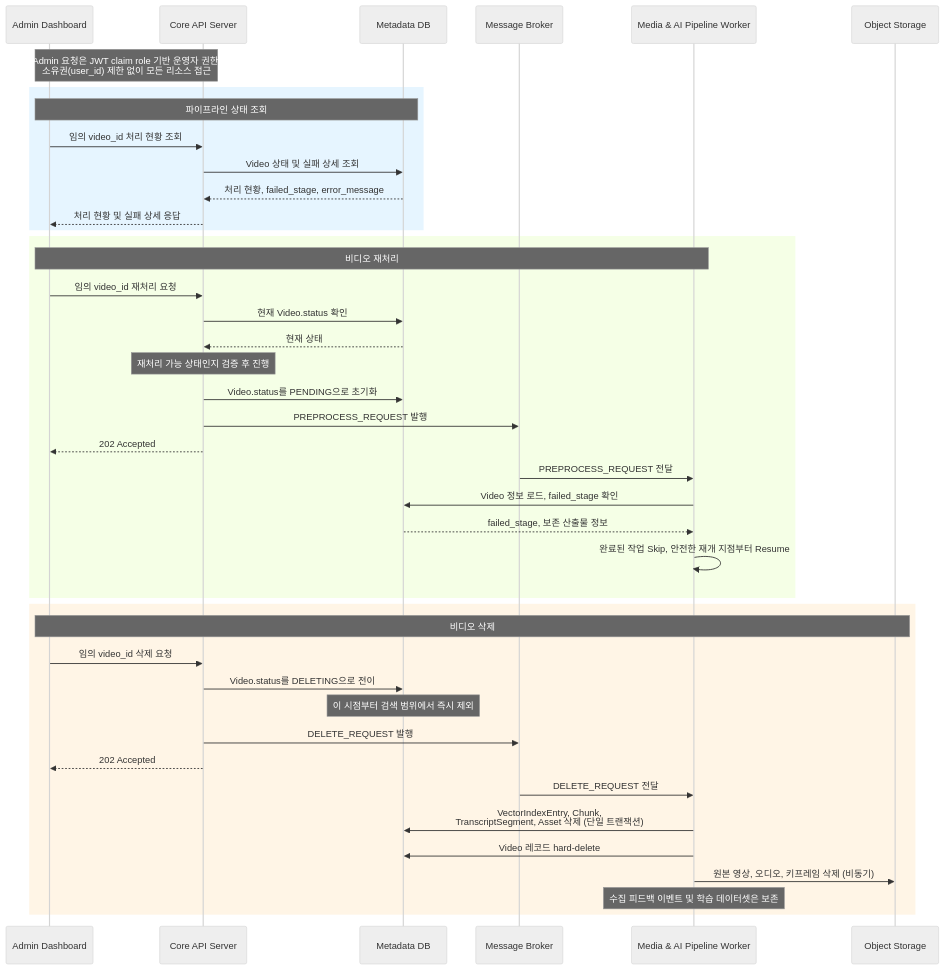
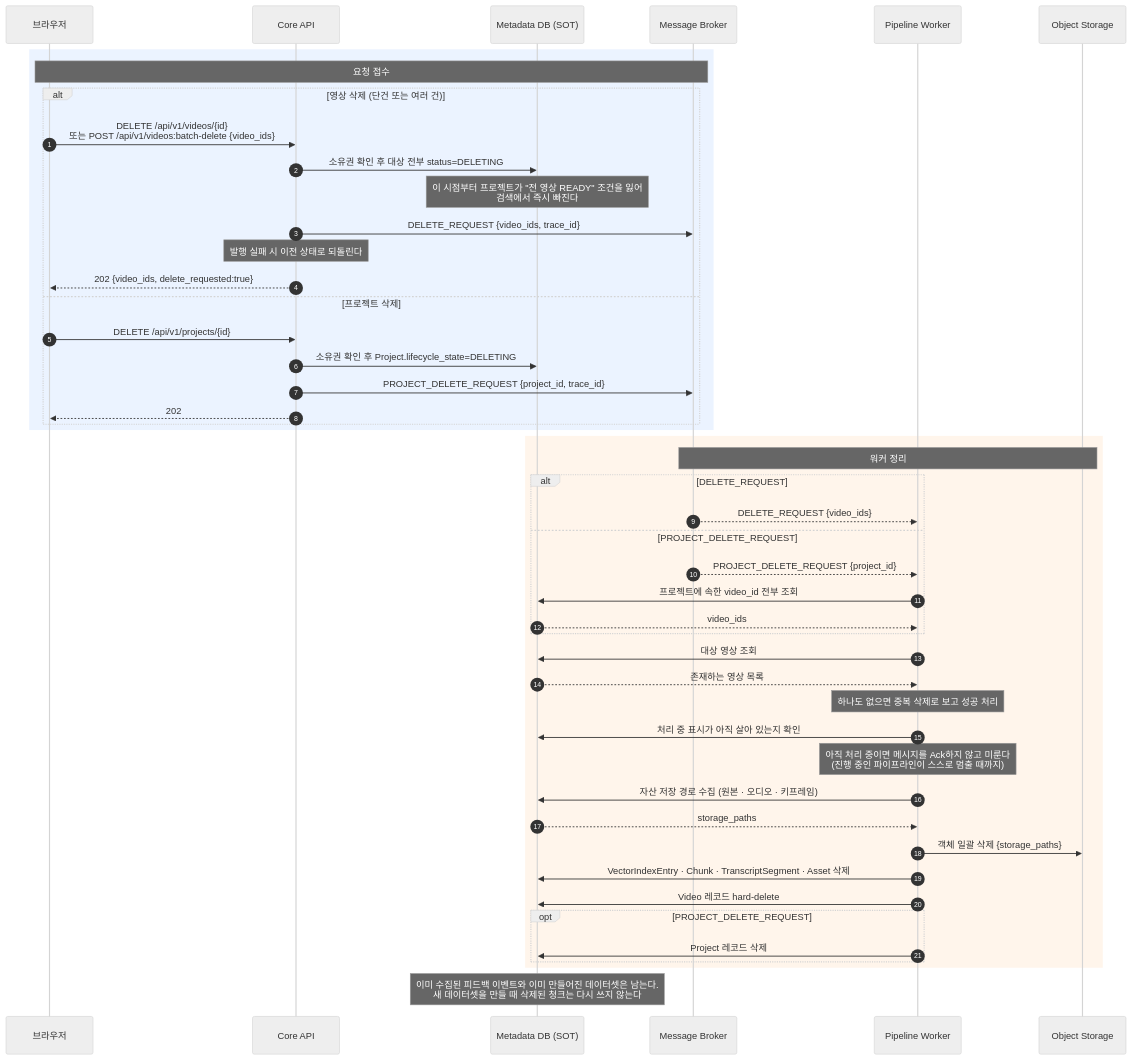
The fifth of 9 diagrams in docs/Diagram/sequence_diagram/SD_Mermaid.md (f-lab-edu/Biblio), drawn with Mermaid (neutral theme) before and after one commit. The commit also changed other lines of this file and 1 other file, not shown here.

Commit message:
docs(repo): 시스템 설계와 시퀀스 다이어그램을 최신화한다 (#104)

````diff
--- a/docs/Diagram/sequence_diagram/SD_Mermaid.md
+++ b/docs/Diagram/sequence_diagram/SD_Mermaid.md
@@ -234,51 +317,53 @@
 ```mermaid
 sequenceDiagram
-    participant Admin as Admin Dashboard
-    participant CoreAPI as Core API Server
-    participant MetaDB as Metadata DB
-    participant Broker as Message Broker
-    participant PipelineWorker as Media & AI Pipeline Worker
-    participant ObjStore as Object Storage
+autonumber
+participant C as 브라우저
+participant API as Core API
+participant DB as Metadata DB (SOT)
+participant MQ as Message Broker
+participant PW as Pipeline Worker
+participant OS as Object Storage
 
-    Note over Admin, CoreAPI: 모든 Admin 요청은 JWT claim role 기반 운영자 권한 검증,<br/>소유권(user_id) 제한 없이 모든 리소스 접근
+rect rgb(235, 243, 255)
+Note over C, MQ: 요청 접수
+alt 영상 삭제 (단건 또는 여러 건)
+    C->>API: DELETE /api/v1/videos/{id}<br/>또는 POST /api/v1/videos:batch-delete {video_ids}
+    API->>DB: 소유권 확인 후 대상 전부 status=DELETING
+    Note over DB: 이 시점부터 프로젝트가 "전 영상 READY" 조건을 잃어<br/>검색에서 즉시 빠진다
+    API->>MQ: DELETE_REQUEST {video_ids, trace_id}
+    Note over API: 발행 실패 시 이전 상태로 되돌린다
+    API-->>C: 202 {video_ids, delete_requested:true}
+else 프로젝트 삭제
+    C->>API: DELETE /api/v1/projects/{id}
+    API->>DB: 소유권 확인 후 Project.lifecycle_state=DELETING
+    API->>MQ: PROJECT_DELETE_REQUEST {project_id, trace_id}
+    API-->>C: 202
+end
+end
 
-    %% === 파이프라인 상태 조회 ===
-    rect rgb(230, 245, 255)
-    Note over Admin, MetaDB: 파이프라인 상태 조회 
-    Admin ->> CoreAPI: 임의 video_id 처리 현황 조회 
-    CoreAPI ->> MetaDB: Video 상태 및 실패 상세 조회
-    MetaDB -->> CoreAPI: 처리 현황, failed_stage, error_message
-    CoreAPI -->> Admin: 처리 현황 및 실패 상세 응답
-    end
+rect rgb(255, 245, 235)
+Note over MQ, OS: 워커 정리
+alt DELETE_REQUEST
+    MQ-->>PW: DELETE_REQUEST {video_ids}
+else PROJECT_DELETE_REQUEST
+    MQ-->>PW: PROJECT_DELETE_REQUEST {project_id}
+    PW->>DB: 프로젝트에 속한 video_id 전부 조회
+    DB-->>PW: video_ids
+end
+PW->>DB: 대상 영상 조회
+DB-->>PW: 존재하는 영상 목록
+Note over PW: 하나도 없으면 중복 삭제로 보고 성공 처리
+PW->>DB: 처리 중 표시가 아직 살아 있는지 확인
+Note over PW: 아직 처리 중이면 메시지를 Ack하지 않고 미룬다<br/>(진행 중인 파이프라인이 스스로 멈출 때까지)
+PW->>DB: 자산 저장 경로 수집 (원본 · 오디오 · 키프레임)
+DB-->>PW: storage_paths
+PW->>OS: 객체 일괄 삭제 {storage_paths}
+PW->>DB: VectorIndexEntry · Chunk · TranscriptSegment · Asset 삭제
+PW->>DB: Video 레코드 hard-delete
+opt PROJECT_DELETE_REQUEST
+    PW->>DB: Project 레코드 삭제
+end
+end
 
-    %% === 재처리 ===
-    rect rgb(245, 255, 230)
-    Note over Admin, PipelineWorker: 비디오 재처리 
-    Admin ->> CoreAPI: 임의 video_id 재처리 요청 
-    CoreAPI ->> MetaDB: 현재 Video.status 확인
-    MetaDB -->> CoreAPI: 현재 상태
-    Note over CoreAPI: 재처리 가능 상태인지 검증 후 진행
-    CoreAPI ->> MetaDB: Video.status를 PENDING으로 초기화
-    CoreAPI ->> Broker: PREPROCESS_REQUEST 발행
-    CoreAPI -->> Admin: 202 Accepted
-    Broker ->> PipelineWorker: PREPROCESS_REQUEST 전달
-    PipelineWorker ->> MetaDB: Video 정보 로드, failed_stage 확인
-    MetaDB -->> PipelineWorker: failed_stage, 보존 산출물 정보
-    PipelineWorker ->> PipelineWorker: 완료된 작업 Skip, 안전한 재개 지점부터 Resume
-    end
-
-    %% === 삭제 ===
-    rect rgb(255, 245, 230)
-    Note over Admin, ObjStore: 비디오 삭제 
-    Admin ->> CoreAPI: 임의 video_id 삭제 요청 
-    CoreAPI ->> MetaDB: Video.status를 DELETING으로 전이
-    Note over MetaDB: 이 시점부터 검색 범위에서 즉시 제외
-    CoreAPI ->> Broker: DELETE_REQUEST 발행
-    CoreAPI -->> Admin: 202 Accepted
-    Broker ->> PipelineWorker: DELETE_REQUEST 전달
-    PipelineWorker ->> MetaDB: VectorIndexEntry, Chunk,<br/>TranscriptSegment, Asset 삭제 (단일 트랜잭션)
-    PipelineWorker ->> MetaDB: Video 레코드 hard-delete
-    PipelineWorker ->> ObjStore: 원본 영상, 오디오, 키프레임 삭제 (비동기)
-    Note over PipelineWorker: 수집 피드백 이벤트 및 학습 데이터셋은 보존
-    end
+Note over DB: 이미 수집된 피드백 이벤트와 이미 만들어진 데이터셋은 남는다.<br/>새 데이터셋을 만들 때 삭제된 청크는 다시 쓰지 않는다
 ```
````
